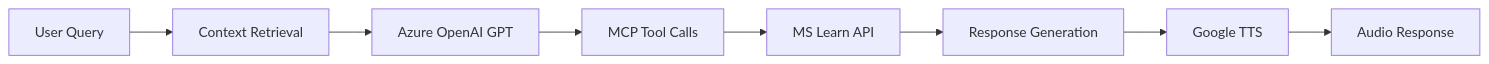
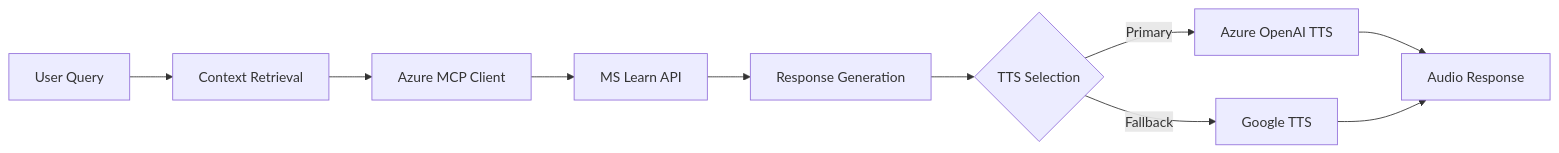
The second of 2 diagrams in docs/TECHNICAL_OVERVIEW.md (balakreshnan/mcpapp), drawn with Mermaid before and after one commit. The commit also changed other lines of this file and 5 other files, not shown here.

Commit message:
Update documentation to reflect new Azure OpenAI TTS and enhanced MCP integration

````diff
--- a/docs/TECHNICAL_OVERVIEW.md
+++ b/docs/TECHNICAL_OVERVIEW.md
@@ -33,10 +33,12 @@
 ```mermaid
 flowchart LR
     A[User Query] --> B[Context Retrieval]
-    B --> C[Azure OpenAI GPT]
-    C --> D[MCP Tool Calls]
-    D --> E[MS Learn API]
-    E --> F[Response Generation]
-    F --> G[Google TTS]
-    G --> H[Audio Response]
+    B --> C[Azure MCP Client]
+    C --> D[MS Learn API]
+    D --> E[Response Generation]
+    E --> F{TTS Selection}
+    F -->|Primary| G[Azure OpenAI TTS]
+    F -->|Fallback| H[Google TTS]
+    G --> I[Audio Response]
+    H --> I[Audio Response]
 ```
````
